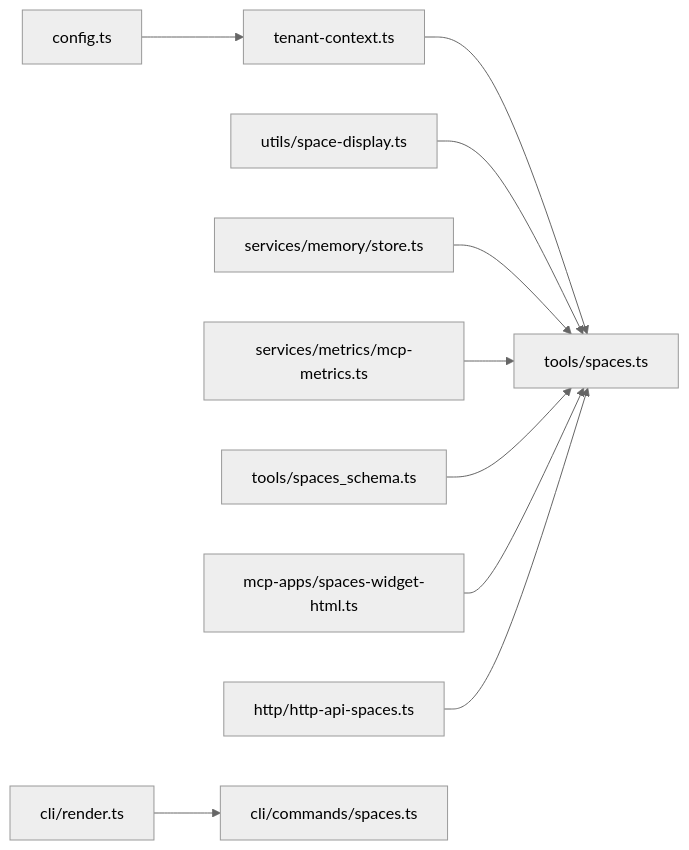
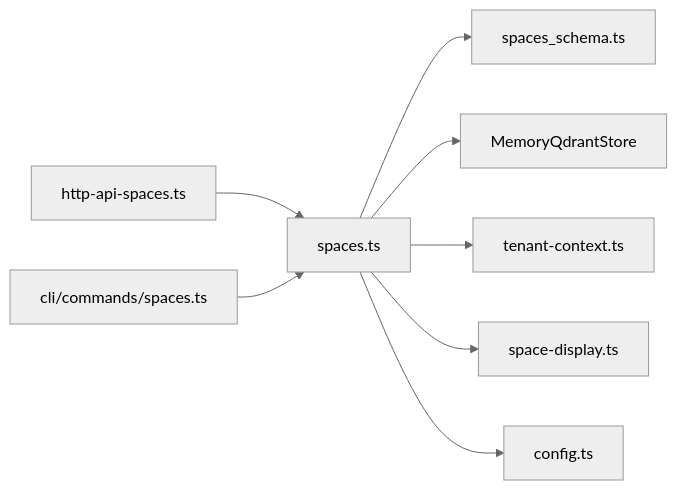
One commit to SquadRules/mcp changed the fifth of 5 diagrams in .qoder/repowiki/en/content/MCP Tools Reference/Spaces Tool.md. Above: the diagram before and after it, drawn with Mermaid (neutral theme). The commit also changed other lines of this file and 553 other files, not shown here.

````diff
--- a/.qoder/repowiki/en/content/MCP Tools Reference/Spaces Tool.md
+++ b/.qoder/repowiki/en/content/MCP Tools Reference/Spaces Tool.md
@@ -371,12 +288,10 @@
 ```mermaid
 graph LR
-Config["config.ts"] --> TenantContext["tenant-context.ts"]
-TenantContext --> SpacesTool["tools/spaces.ts"]
-SpaceDisplay["utils/space-display.ts"] --> SpacesTool
-MemoryStore["services/memory/store.ts"] --> SpacesTool
-Metrics["services/metrics/mcp-metrics.ts"] --> SpacesTool
-Schema["tools/spaces_schema.ts"] --> SpacesTool
-Widget["mcp-apps/spaces-widget-html.ts"] --> SpacesTool
-HttpRoute["http/http-api-spaces.ts"] --> SpacesTool
-CliRender["cli/render.ts"] --> CliCommand["cli/commands/spaces.ts"]
+Tool["spaces.ts"] --> Schema["spaces_schema.ts"]
+Tool --> Store["MemoryQdrantStore"]
+Tool --> Tenant["tenant-context.ts"]
+Tool --> Display["space-display.ts"]
+Tool --> Config["config.ts"]
+Http["http-api-spaces.ts"] --> Tool
+Cli["cli/commands/spaces.ts"] --> Tool
 ```
````
